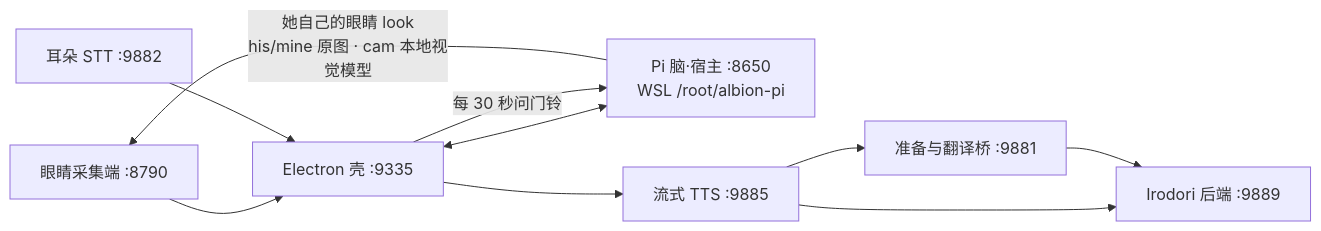
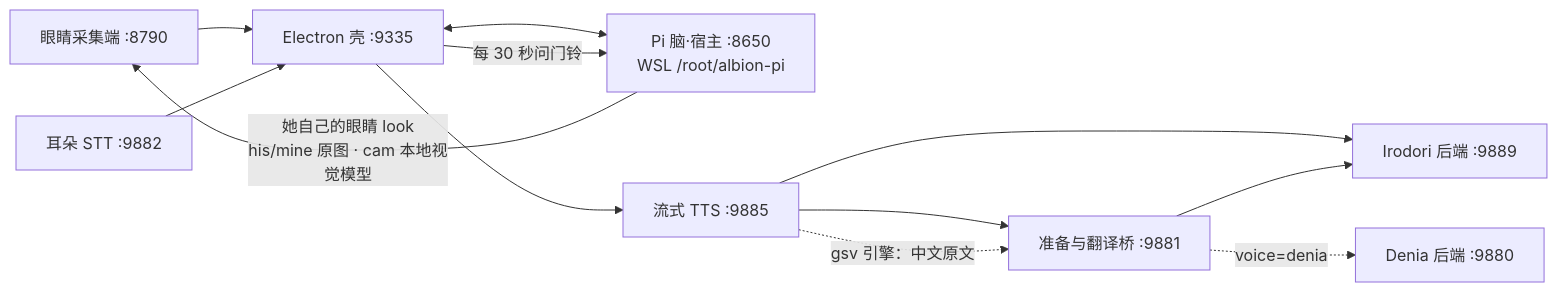
The diagram in docs/PROJECT_MAP.md (mydosu/albion-companion), drawn with Mermaid before and after one commit. The commit also changed other lines of this file and 17 other files, not shown here.

````diff
--- a/docs/PROJECT_MAP.md
+++ b/docs/PROJECT_MAP.md
@@ -10,12 +10,14 @@
 ```mermaid
 flowchart LR
   E[眼睛采集端 :8790] --> S[Electron 壳 :9335]
   A[耳朵 STT :9882] --> S
   S <--> H[Pi 脑·宿主 :8650<br/>WSL /root/albion-pi]
   S -- 每 30 秒问门铃 --> H
   H -- 她自己的眼睛 look<br/>his/mine 原图 · cam 本地视觉模型 --> E
   S --> T[流式 TTS :9885]
   T --> B[准备与翻译桥 :9881]
   T --> I[Irodori 后端 :9889]
   B --> I
+  T -. gsv 引擎：中文原文 -.-> B
+  B -. voice=denia .-> G[Denia 后端 :9880]
 ```
````
